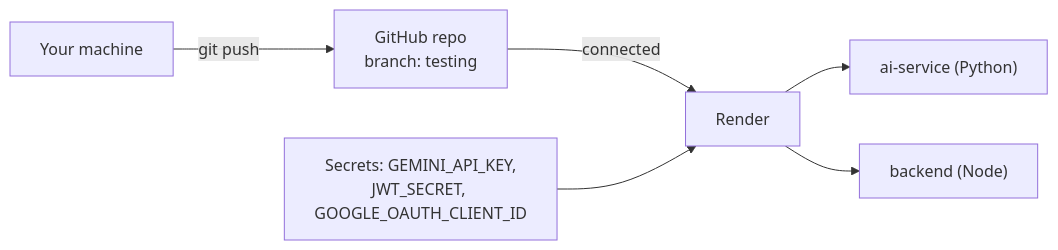
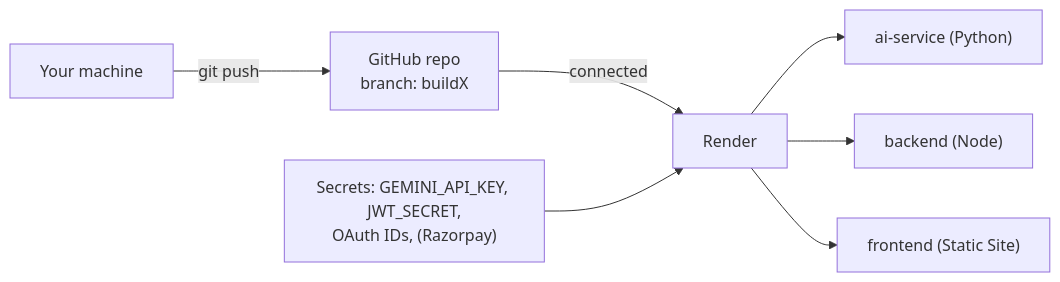
One commit to FixFlow-AI/FixFlow-AI-web changed the first of 2 diagrams in docs/specifications/render/01_render_deployment_guide.md. Above: the diagram before and after it, drawn with Mermaid. The commit also changed other lines of this file, not shown here.

Commit message:
docs(render): update deployment guide spec for buildX branch and static frontend hosting

````diff
--- a/docs/specifications/render/01_render_deployment_guide.md
+++ b/docs/specifications/render/01_render_deployment_guide.md
@@ -14,8 +15,9 @@
 ```mermaid
 flowchart LR
-    DEV["Your machine"] -->|git push| REPO["GitHub repo<br/>branch: testing"]
+    DEV["Your machine"] -->|git push| REPO["GitHub repo<br/>branch: buildX"]
     REPO -->|connected| RENDER["Render"]
     RENDER --> S1["ai-service (Python)"]
     RENDER --> S2["backend (Node)"]
-    SEC["Secrets: GEMINI_API_KEY,<br/>JWT_SECRET, GOOGLE_OAUTH_CLIENT_ID"] --> RENDER
+    RENDER --> S3["frontend (Static Site)"]
+    SEC["Secrets: GEMINI_API_KEY, JWT_SECRET,<br/>OAuth IDs, (Razorpay)"] --> RENDER
 ```
````
